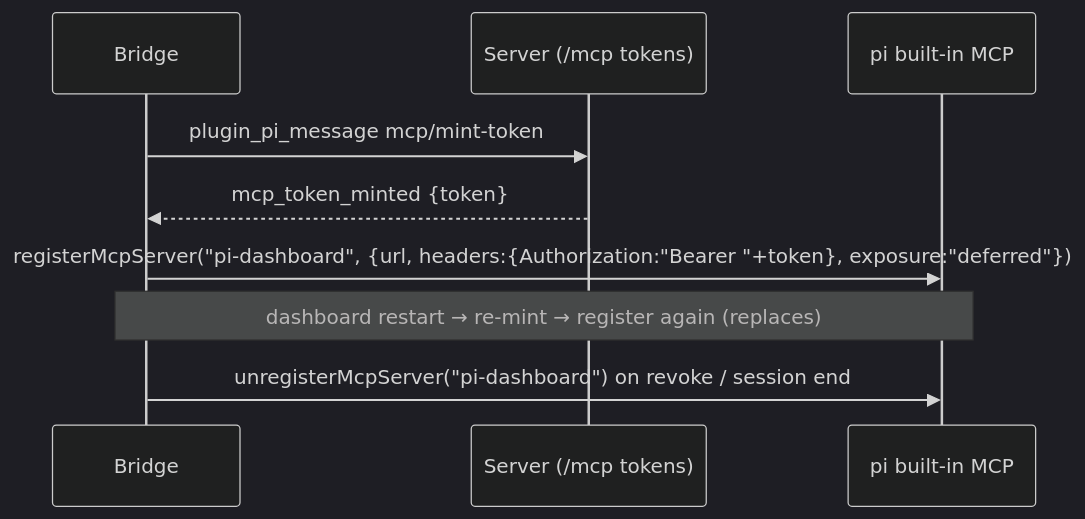
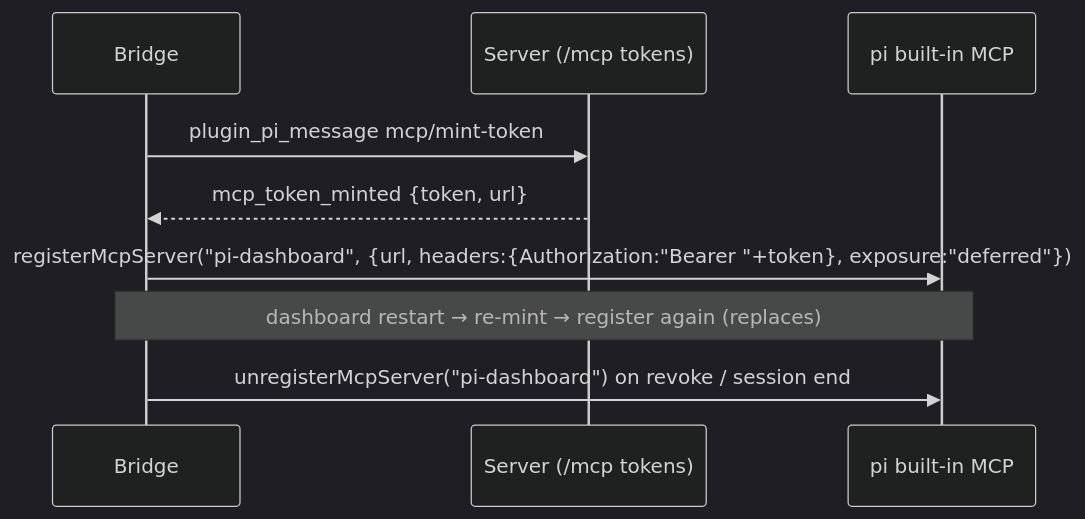
Before and after one commit to BlackBeltTechnology/pi-agent-dashboard: the diagram in openspec/changes/migrate-mcp-to-pi-builtin/design.md, drawn with Mermaid (dark theme). The commit also changed other lines of this file and 8 other files, not shown here.

````diff
--- a/openspec/changes/migrate-mcp-to-pi-builtin/design.md
+++ b/openspec/changes/migrate-mcp-to-pi-builtin/design.md
@@ -21,11 +33,11 @@
 ```mermaid
 sequenceDiagram
   participant B as Bridge
   participant S as Server (/mcp tokens)
   participant P as pi built-in MCP
   B->>S: plugin_pi_message mcp/mint-token
-  S-->>B: mcp_token_minted {token}
+  S-->>B: mcp_token_minted {token, url}
   B->>P: registerMcpServer("pi-dashboard", {url, headers:{Authorization:"Bearer "+token}, exposure:"deferred"})
   Note over B,P: dashboard restart → re-mint → register again (replaces)
   B->>P: unregisterMcpServer("pi-dashboard") on revoke / session end
 ```
````
